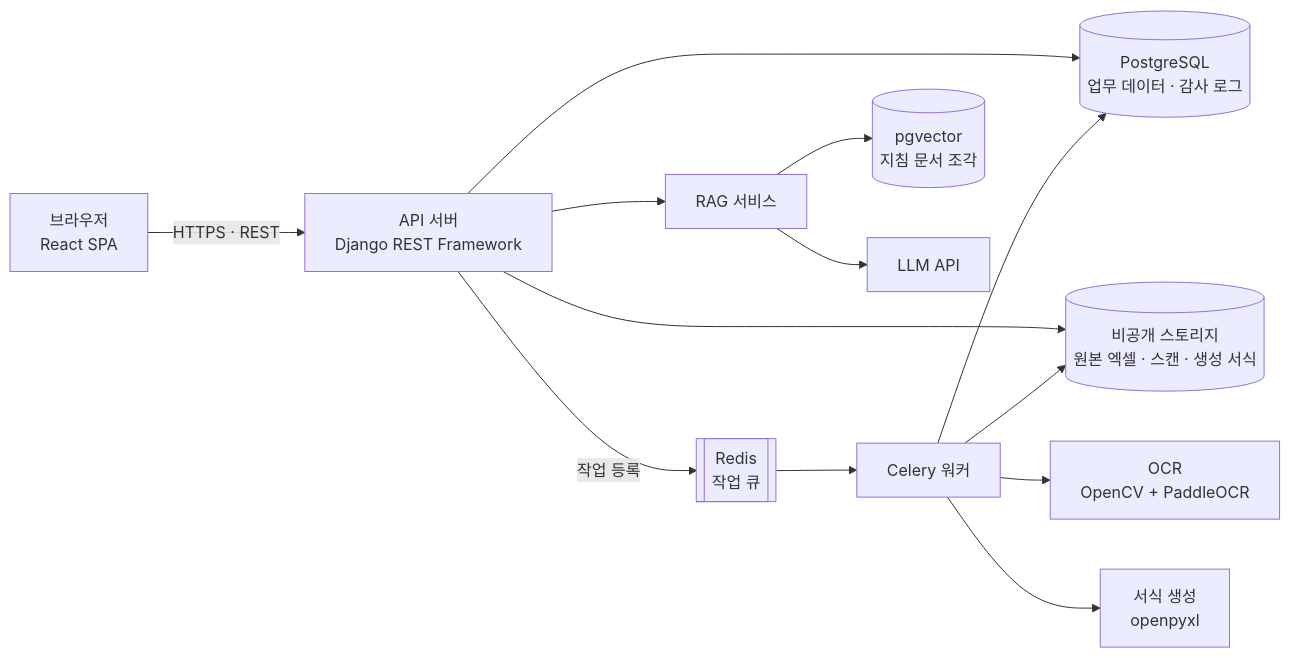
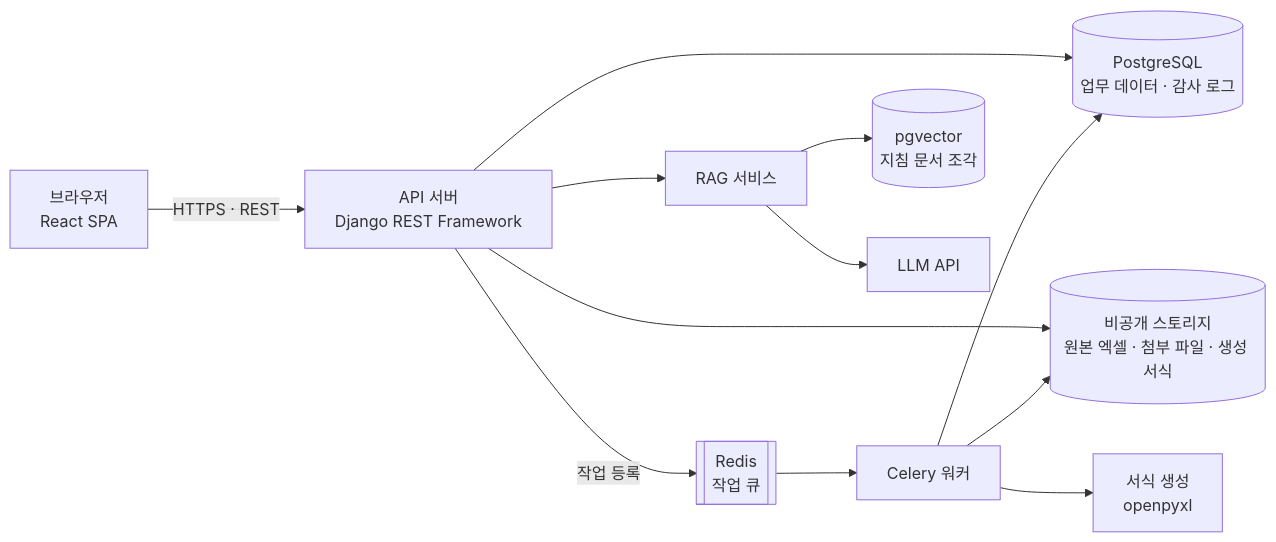
One commit to YC-CapstoneDesign-5/.github changed the third of 12 diagrams in docs/ARCHITECTURE.md. Above: the diagram before and after it, drawn with Mermaid. The commit also changed other lines of this file and 6 other files, not shown here.

````diff
--- a/docs/ARCHITECTURE.md
+++ b/docs/ARCHITECTURE.md
@@ -123,15 +123,14 @@
 ```mermaid
 flowchart LR
     U["브라우저<br>React SPA"] -->|HTTPS · REST| API["API 서버<br>Django REST Framework"]
     API --> DB[("PostgreSQL<br>업무 데이터 · 감사 로그")]
-    API --> ST[("비공개 스토리지<br>원본 엑셀 · 스캔 · 생성 서식")]
+    API --> ST[("비공개 스토리지<br>원본 엑셀 · 첨부 파일 · 생성 서식")]
     API -->|작업 등록| Q[["Redis<br>작업 큐"]]
     Q --> W["Celery 워커"]
-    W --> OCRW["OCR<br>OpenCV + PaddleOCR"]
     W --> XL["서식 생성<br>openpyxl"]
     W --> DB
     W --> ST
     API --> RAG["RAG 서비스"]
     RAG --> VDB[("pgvector<br>지침 문서 조각")]
     RAG --> LLM["LLM API"]
 ```
````
